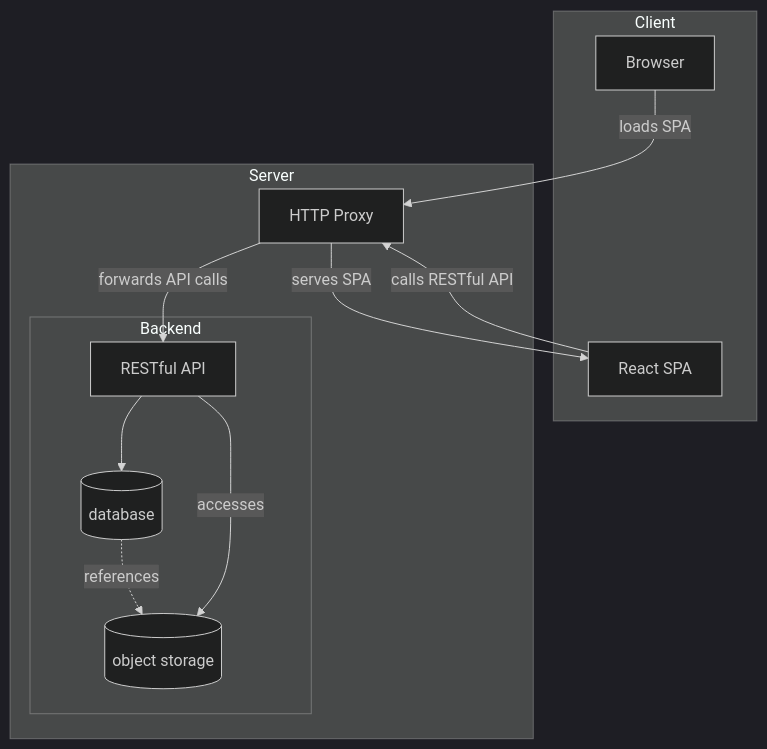
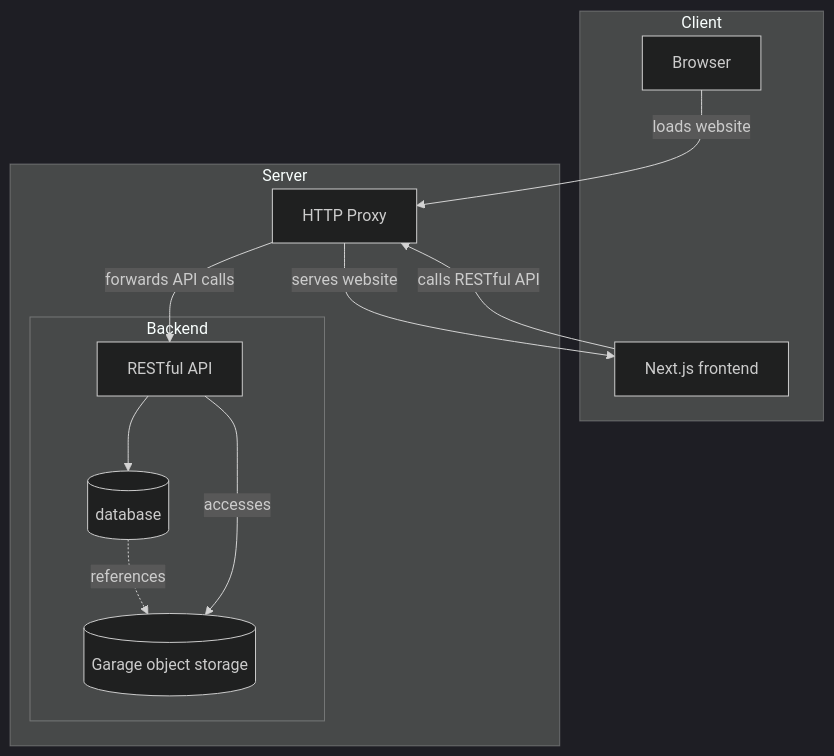
The diagram in README.md (fachschaftinformatik/web), drawn with Mermaid (dark theme) before and after one commit. The commit also changed other lines of this file and 4 other files, not shown here.

Commit message:
build(storage)!: replace minio volumes with garage

````diff
--- a/README.md
+++ b/README.md
@@ -17,29 +17,29 @@
 ```mermaid
 flowchart TB
   subgraph Client[Client]
     Browser[Browser]
-    Frontend[React SPA]
+    Frontend[Next.js frontend]
   end
 
   subgraph Server[Server]
     Proxy[HTTP Proxy]
     subgraph Backend[Backend]
       API[RESTful API]
       DB[(database)]
-      S3[(object storage)]
+      S3[(Garage object storage)]
       DB -. "references" .-> S3
     end
   end
 
-  Browser -->|loads SPA| Proxy
-  Proxy -->|serves SPA| Frontend
+  Browser -->|loads website| Proxy
+  Proxy -->|serves website| Frontend
   Frontend -->|calls RESTful API| Proxy
   Proxy -->|forwards API calls| API
   API --> DB
   API -->|accesses| S3
 
   class Browser,Frontend client
   class Proxy service
   class API service
   class DB,S3 data
 ```
````
